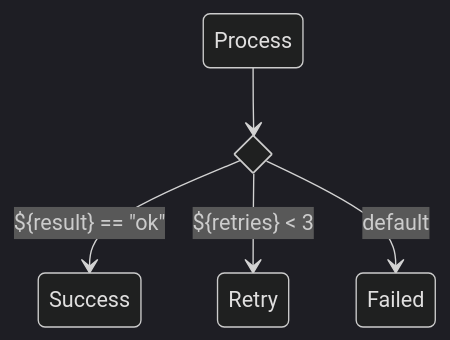
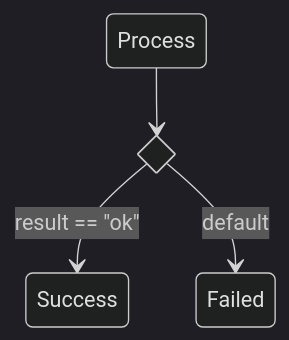
One commit to wballard/swissarmyhammer changed the diagram in issues/000072_step.md. Above: the diagram before and after it, drawn with Mermaid (dark theme). The commit also changed other lines of this file and 3 other files, not shown here.

````diff
--- a/issues/000072_step.md
+++ b/issues/000072_step.md
@@ -16,8 +16,7 @@
    ```mermaid
    stateDiagram-v2
        state CheckResult <<choice>>
        Process --> CheckResult
-       CheckResult --> Success: ${result} == "ok"
-       CheckResult --> Retry: ${retries} < 3
+       CheckResult --> Success: result == "ok"
        CheckResult --> Failed: default
    ```
````
